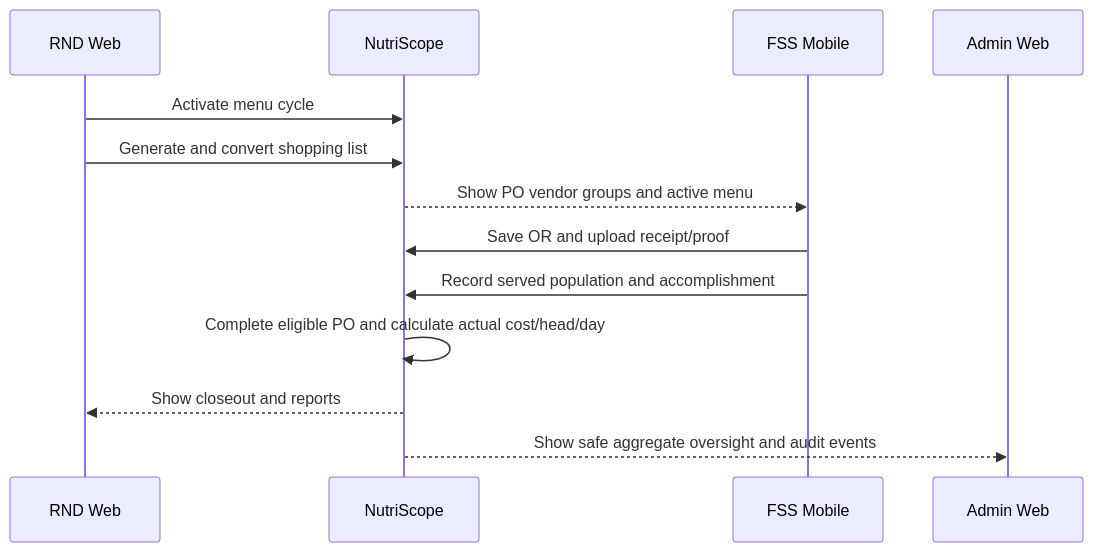
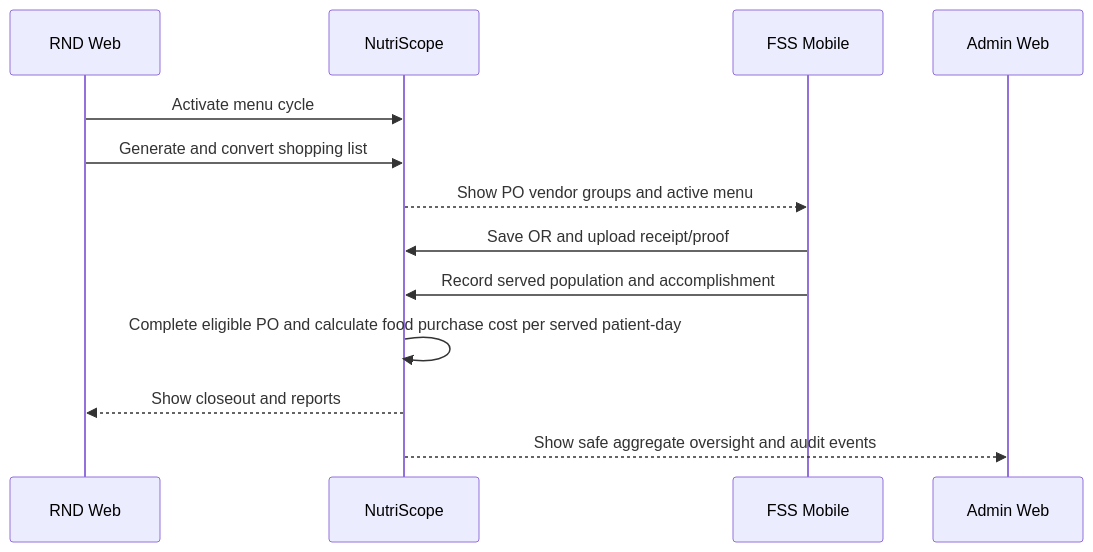
Before and after one commit to ja2gc/Nutriscope: the fifth of 5 diagrams in docs/STORYBOARD.md, drawn with Mermaid. The commit also changed other lines of this file and 63 other files, not shown here.

Commit message:
feat: complete food service workflow

````diff
--- a/docs/STORYBOARD.md
+++ b/docs/STORYBOARD.md
@@ -140,15 +141,15 @@
 ```mermaid
 sequenceDiagram
     participant R as RND Web
     participant S as NutriScope
     participant F as FSS Mobile
     participant A as Admin Web
     R->>S: Activate menu cycle
     R->>S: Generate and convert shopping list
     S-->>F: Show PO vendor groups and active menu
     F->>S: Save OR and upload receipt/proof
     F->>S: Record served population and accomplishment
-    S->>S: Complete eligible PO and calculate actual cost/head/day
+    S->>S: Complete eligible PO and calculate food purchase cost per served patient-day
     S-->>R: Show closeout and reports
     S-->>A: Show safe aggregate oversight and audit events
 ```
````
